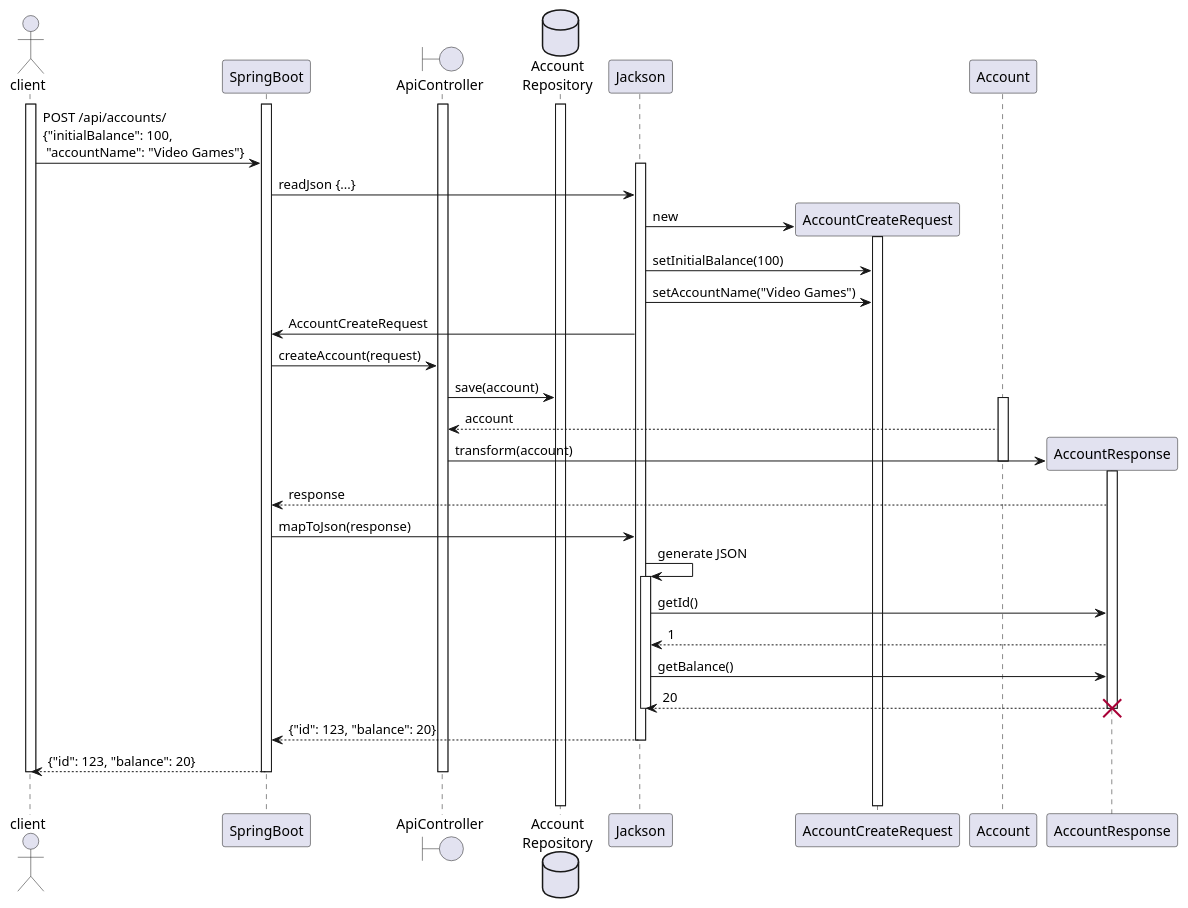
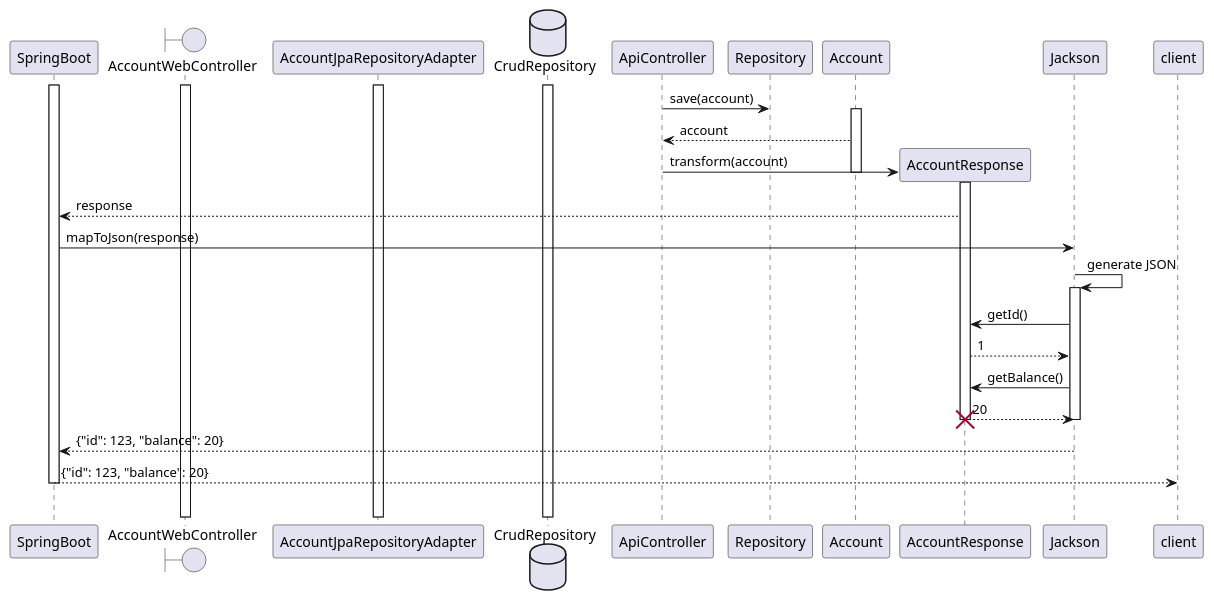
Before and after one commit to ted-ncg/labs: the diagram in diagrams/json-to-object-create-account.puml, drawn with PlantUML. The commit also changed 4 other files, not shown here.

```diff
--- a/diagrams/json-to-object-create-account.puml
+++ b/diagrams/json-to-object-create-account.puml
@@ -1,47 +1,35 @@
 @startuml
-actor client
-activate client
 activate SpringBoot
-boundary ApiController
-activate ApiController
-database Repository as "Account\nRepository"
-activate Repository
+boundary AccountWebController
+activate AccountWebController
+activate AccountJpaRepositoryAdapter
+database CrudRepository
+activate CrudRepository
 
-client -> SpringBoot: POST /api/accounts/\n{"initialBalance": 100,\n "accountName": "Video Games"}
-
-activate Jackson
-SpringBoot -> Jackson: readJson {...}
-create AccountCreateRequest
-Jackson -> AccountCreateRequest: new
-activate AccountCreateRequest
-Jackson -> AccountCreateRequest: setInitialBalance(100)
-Jackson -> AccountCreateRequest: setAccountName("Video Games")
-SpringBoot <- Jackson: AccountCreateRequest
-SpringBoot -> ApiController: createAccount(request)
 ApiController -> Repository: save(account)
 activate Account
 Account --> ApiController: account
 create AccountResponse
 ApiController -> AccountResponse: transform(account)
 deactivate Account
 
 activate AccountResponse
 AccountResponse --> SpringBoot: response
 SpringBoot -> Jackson: mapToJson(response)
 Jackson -> Jackson: generate JSON
 activate Jackson
 Jackson -> AccountResponse: getId()
 AccountResponse --> Jackson: 1
 Jackson -> AccountResponse: getBalance()
 AccountResponse --> Jackson: 20
 deactivate Jackson
 destroy AccountResponse
 Jackson --> SpringBoot: {"id": 123, "balance": 20}
 deactivate Jackson
 
 SpringBoot --> client: {"id": 123, "balance": 20}
 deactivate ApiController
 deactivate SpringBoot
 deactivate client
 |||
 @enduml
```
